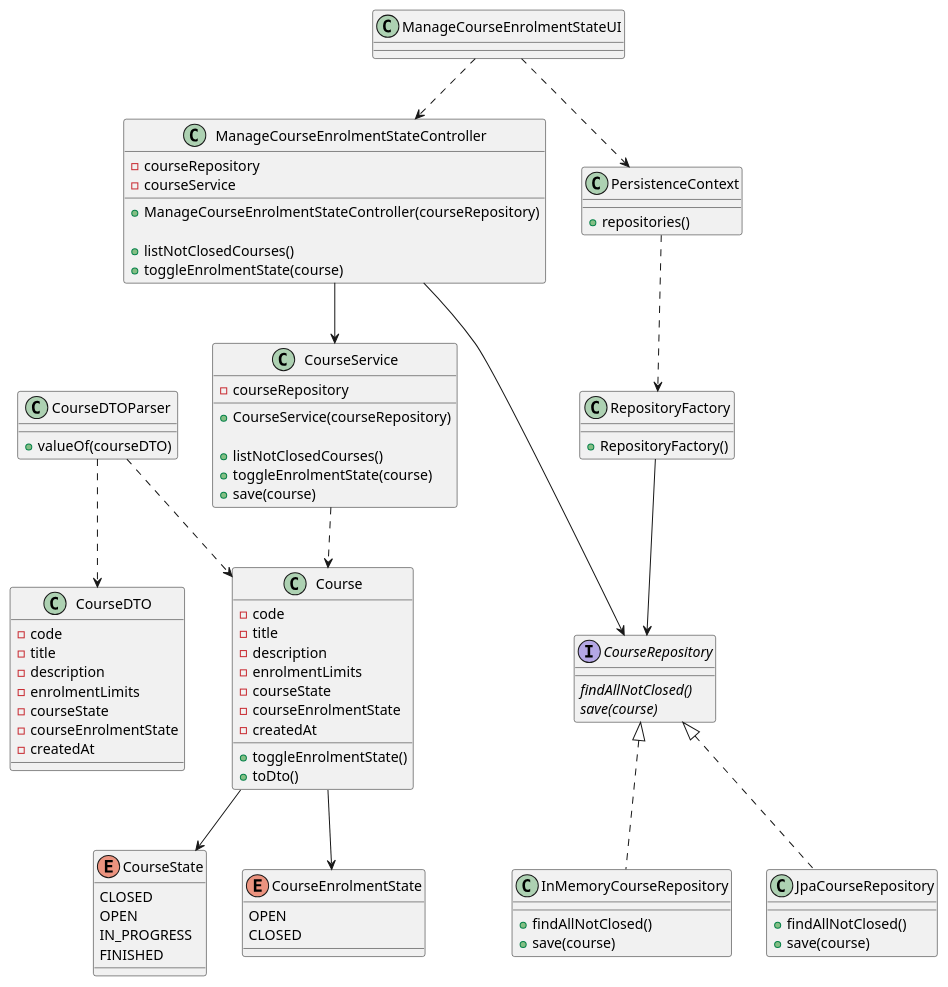
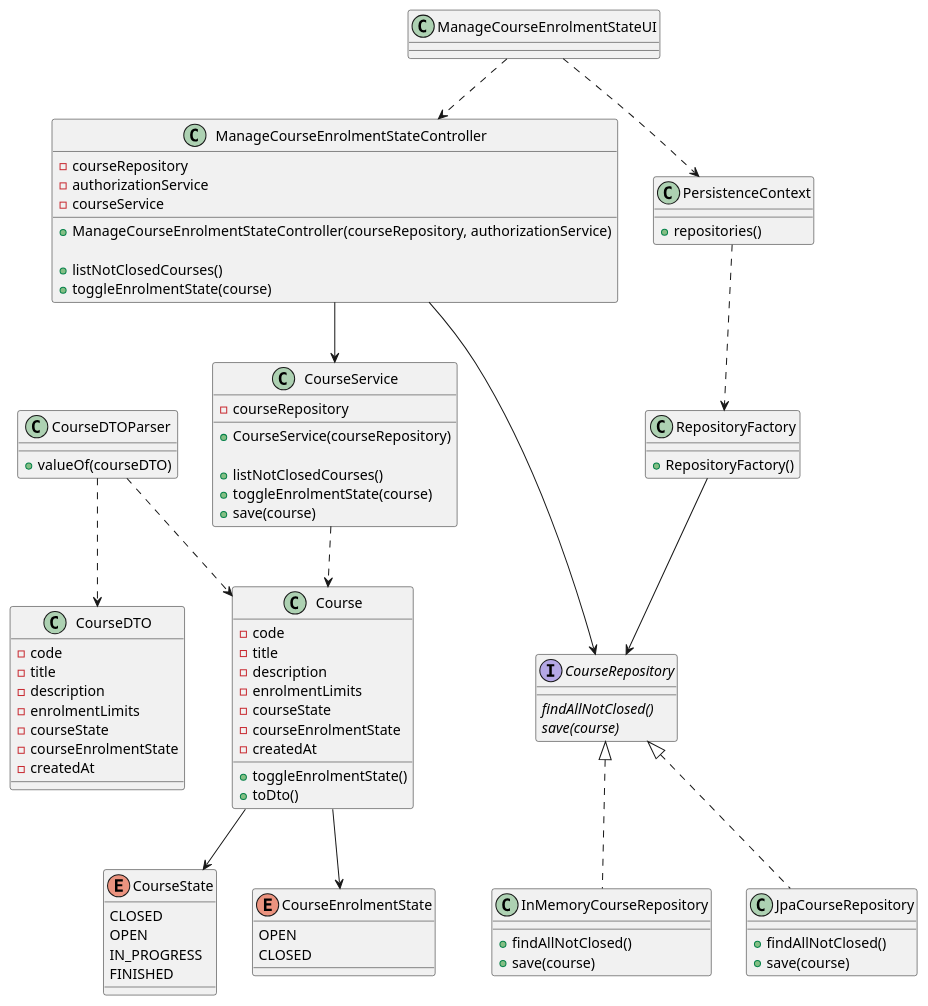
The diagram in docs/sprint-b/us09-1003/US1003_CD.puml (miseEnPlace-dev/lapr4), drawn with PlantUML before and after one commit. The commit also changed 6 other files, not shown here.

```diff
--- a/docs/sprint-b/us09-1003/US1003_CD.puml
+++ b/docs/sprint-b/us09-1003/US1003_CD.puml
@@ -1,105 +1,106 @@
 @startuml US1003_CD
 
 class RepositoryFactory {
   + RepositoryFactory()
 }
 
 interface CourseRepository {
   {abstract} findAllNotClosed()
   {abstract} save(course)
 }
 
 class InMemoryCourseRepository {
   + findAllNotClosed()
   + save(course)
 }
 
 class JpaCourseRepository {
   + findAllNotClosed()
   + save(course)
 }
 
 class PersistenceContext {
   + repositories()
 }
 
 class CourseService {
   - courseRepository
 
   + CourseService(courseRepository)
 
   + listNotClosedCourses()
   + toggleEnrolmentState(course)
   + save(course)
 }
 
 class ManageCourseEnrolmentStateUI {}
 
 class ManageCourseEnrolmentStateController {
   - courseRepository
+  - authorizationService
   - courseService
 
-  + ManageCourseEnrolmentStateController(courseRepository)
+  + ManageCourseEnrolmentStateController(courseRepository, authorizationService)
 
   + listNotClosedCourses()
   + toggleEnrolmentState(course)
 }
 
 class Course {
   - code
   - title
   - description
   - enrolmentLimits
   - courseState
   - courseEnrolmentState
   - createdAt
 
   + toggleEnrolmentState()
   + toDto()
 }
 
 enum CourseState {
   CLOSED
   OPEN
   IN_PROGRESS
   FINISHED
 }
 
 enum CourseEnrolmentState {
   OPEN
   CLOSED
 }
 
 class CourseDTO {
   - code
   - title
   - description
   - enrolmentLimits
   - courseState
   - courseEnrolmentState
   - createdAt
 }
 
 class CourseDTOParser {
   + valueOf(courseDTO)
 }
 
 ManageCourseEnrolmentStateUI ..> ManageCourseEnrolmentStateController
 ManageCourseEnrolmentStateUI ..> PersistenceContext
 ManageCourseEnrolmentStateController --> CourseService
 PersistenceContext ..> RepositoryFactory
 RepositoryFactory --> CourseRepository
 
 CourseService ..> Course
 ManageCourseEnrolmentStateController --> CourseRepository
 
 CourseDTOParser ..> CourseDTO
 CourseDTOParser ..> Course
 
 CourseRepository <|.. InMemoryCourseRepository
 CourseRepository <|.. JpaCourseRepository
 
 Course --> CourseState
 Course --> CourseEnrolmentState
 
 @enduml
```
